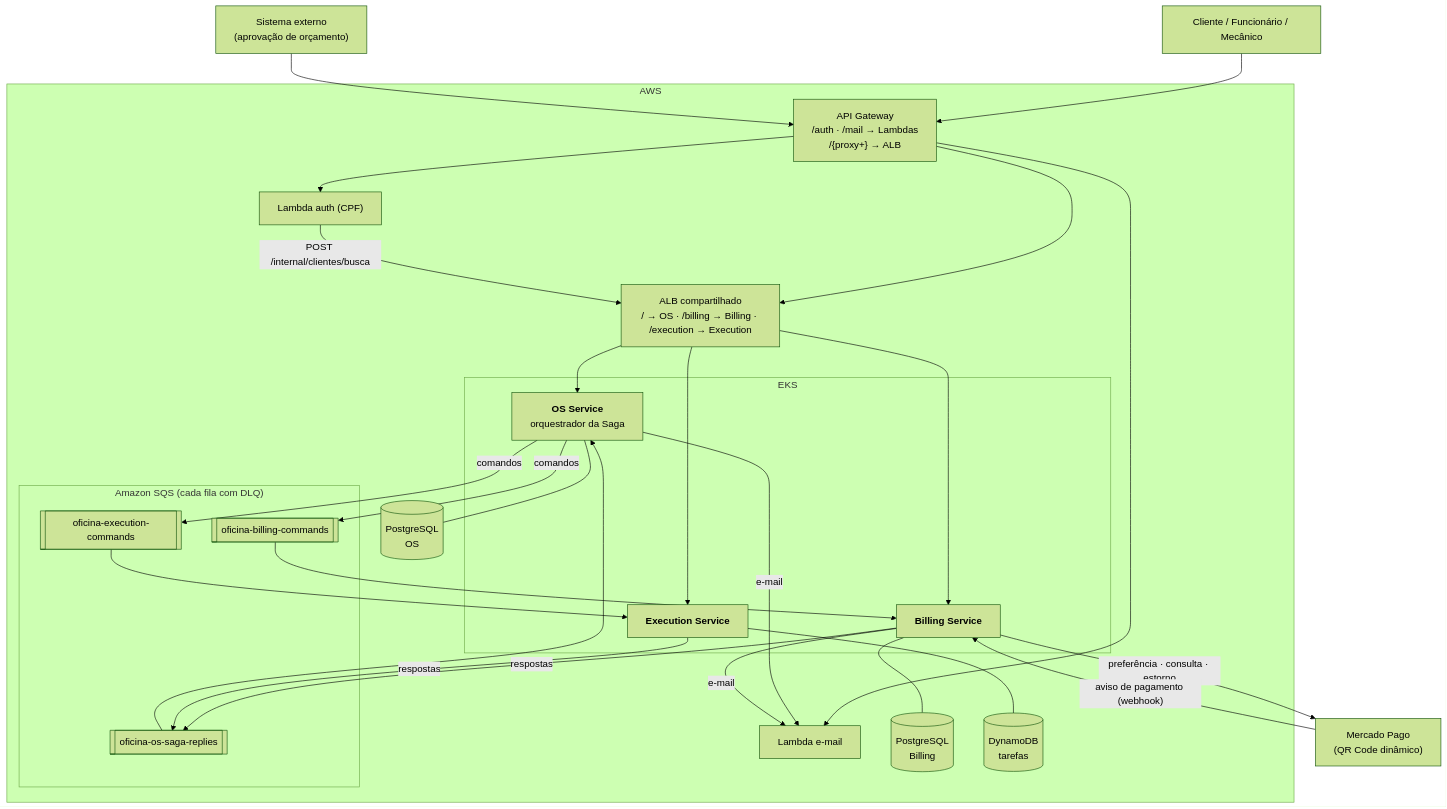
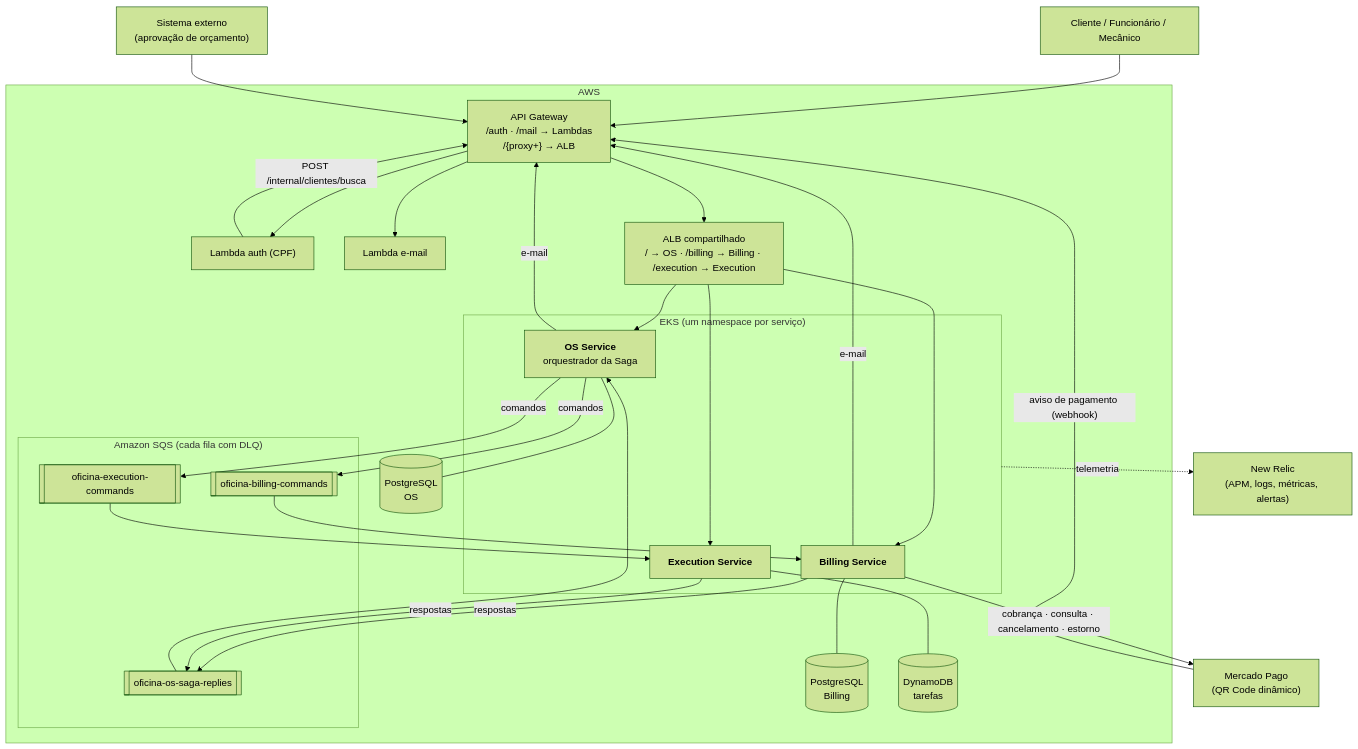
One commit to fiap-soat-oficina-tech-challenge/tech-challenge-fiap changed the first of 12 diagrams in README.md. Above: the diagram before and after it, drawn with Mermaid (forest theme). The commit also changed other lines of this file and 5 other files, not shown here.

````diff
--- a/README.md
+++ b/README.md
@@ -60,55 +88,57 @@
 ```mermaid
 graph TB
     Cliente["Cliente / Funcionário / Mecânico"]
     Externo["Sistema externo<br/>(aprovação de orçamento)"]
     MP["Mercado Pago<br/>(QR Code dinâmico)"]
+    NR["New Relic<br/>(APM, logs, métricas, alertas)"]
 
     subgraph AWS["AWS"]
         GW["API Gateway<br/>/auth · /mail → Lambdas<br/>/#123;proxy+#125; → ALB"]
         LAuth["Lambda auth (CPF)"]
         LMail["Lambda e-mail"]
         ALB["ALB compartilhado<br/>/ → OS · /billing → Billing · /execution → Execution"]
 
-        subgraph EKS["EKS"]
+        subgraph EKS["EKS (um namespace por serviço)"]
             OS["<b>OS Service</b><br/>orquestrador da Saga"]
             BI["<b>Billing Service</b>"]
             EX["<b>Execution Service</b>"]
         end
 
         subgraph SQS["Amazon SQS (cada fila com DLQ)"]
             QR[["oficina-os-saga-replies"]]
             QB[["oficina-billing-commands"]]
             QE[["oficina-execution-commands"]]
         end
 
         DBOS[("PostgreSQL<br/>OS")]
         DBBI[("PostgreSQL<br/>Billing")]
         DDB[("DynamoDB<br/>tarefas")]
     end
 
     Cliente --> GW
     Externo --> GW
     GW --> LAuth
     GW --> LMail
     GW --> ALB
     ALB --> OS
     ALB --> BI
     ALB --> EX
-    LAuth -->|"POST /internal/clientes/busca"| ALB
+    LAuth -->|"POST /internal/clientes/busca"| GW
 
     OS -->|"comandos"| QB
     OS -->|"comandos"| QE
     QB --> BI
     QE --> EX
     BI -->|"respostas"| QR
     EX -->|"respostas"| QR
     QR --> OS
 
     OS --- DBOS
     BI --- DBBI
     EX --- DDB
-    BI -->|"preferência · consulta · estorno"| MP
-    MP -->|"aviso de pagamento (webhook)"| BI
-    OS -->|"e-mail"| LMail
-    BI -->|"e-mail"| LMail
+    BI -->|"cobrança · consulta · cancelamento · estorno"| MP
+    MP -->|"aviso de pagamento (webhook)"| GW
+    OS -->|"e-mail"| GW
+    BI -->|"e-mail"| GW
+    EKS -.->|"telemetria"| NR
 ```
````
